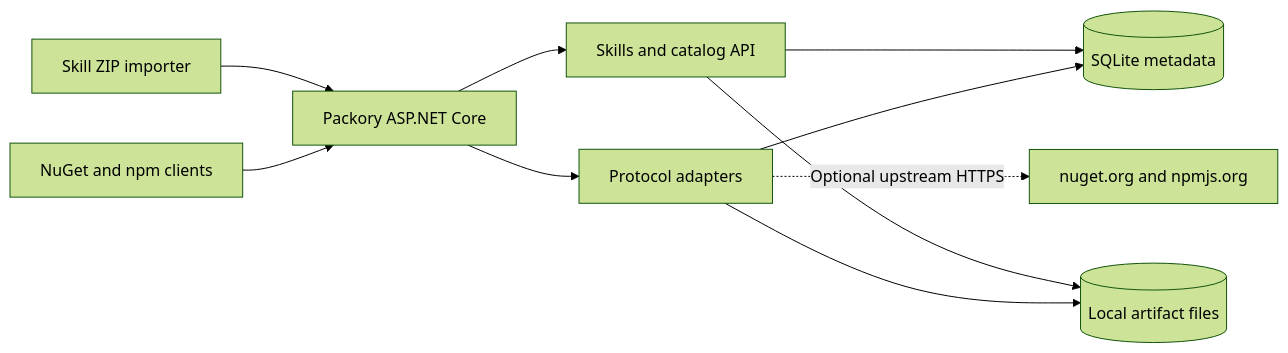
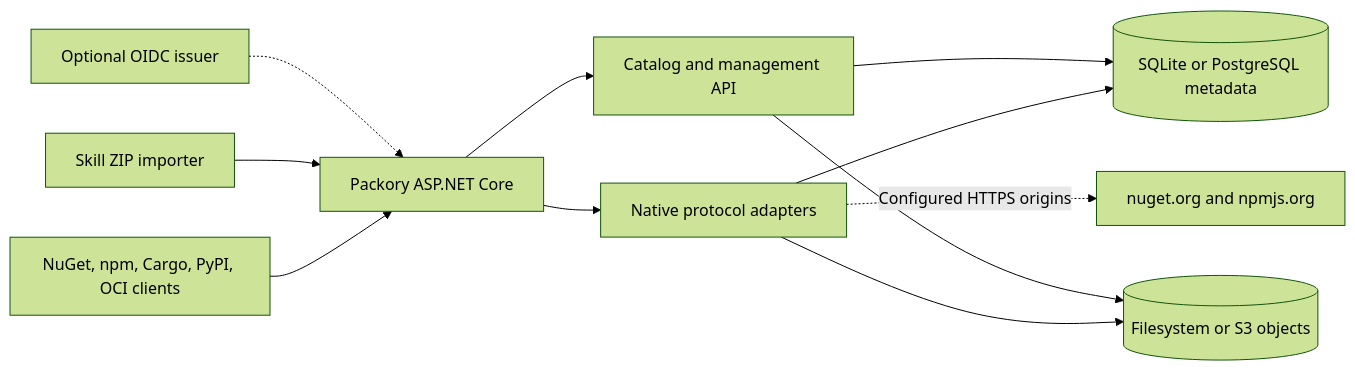
Before and after one commit to Cenn0/Packory: the diagram in README.md, drawn with Mermaid (forest theme). The commit also changed other lines of this file and 3 other files, not shown here.

````diff
--- a/README.md
+++ b/README.md
@@ -76,12 +77,13 @@
 ```mermaid
 flowchart LR
-  C[NuGet and npm clients] --> A[Packory ASP.NET Core]
+  C[NuGet, npm, Cargo, PyPI, OCI clients] --> A[Packory ASP.NET Core]
   K[Skill ZIP importer] --> A
-  A --> N[Protocol adapters]
-  A --> S[Skills and catalog API]
-  N --> D[(SQLite metadata)]
-  S --> D
-  N --> B[(Local artifact files)]
-  S --> B
-  N -.->|Optional upstream HTTPS| U[nuget.org and npmjs.org]
+  O[Optional OIDC issuer] -.-> A
+  A --> N[Native protocol adapters]
+  A --> M[Catalog and management API]
+  N --> D[(SQLite or PostgreSQL metadata)]
+  M --> D
+  N --> B[(Filesystem or S3 objects)]
+  M --> B
+  N -.->|Configured HTTPS origins| U[nuget.org and npmjs.org]
 ```
````
